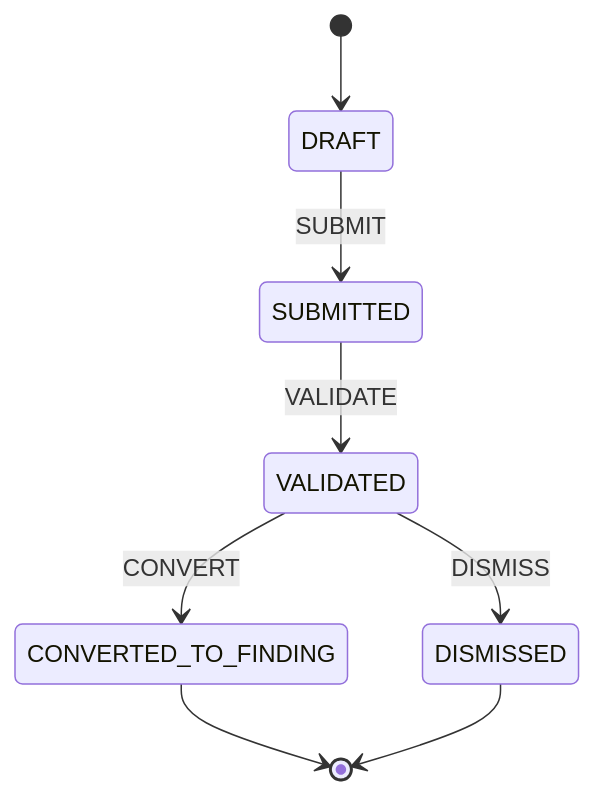
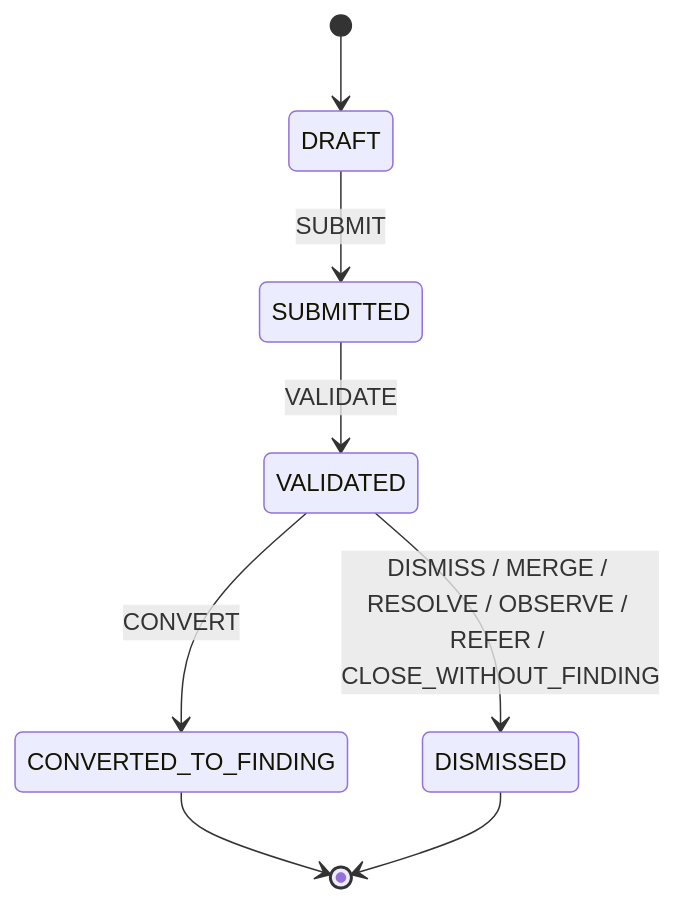
The seventh of 11 diagrams in docs/AEMS_WORKFLOW_DESIGN.md (kgdacalosciascdo/agis-wireframe), drawn with Mermaid before and after one commit. The commit also changed other lines of this file and 41 other files, not shown here.

````diff
--- a/docs/AEMS_WORKFLOW_DESIGN.md
+++ b/docs/AEMS_WORKFLOW_DESIGN.md
@@ -391,10 +397,10 @@
 ```mermaid
 stateDiagram-v2
     [*] --> DRAFT
     DRAFT --> SUBMITTED: SUBMIT
     SUBMITTED --> VALIDATED: VALIDATE
     VALIDATED --> CONVERTED_TO_FINDING: CONVERT
-    VALIDATED --> DISMISSED: DISMISS
+    VALIDATED --> DISMISSED: DISMISS / MERGE / RESOLVE / OBSERVE / REFER / CLOSE_WITHOUT_FINDING
     CONVERTED_TO_FINDING --> [*]
     DISMISSED --> [*]
 ```
````
